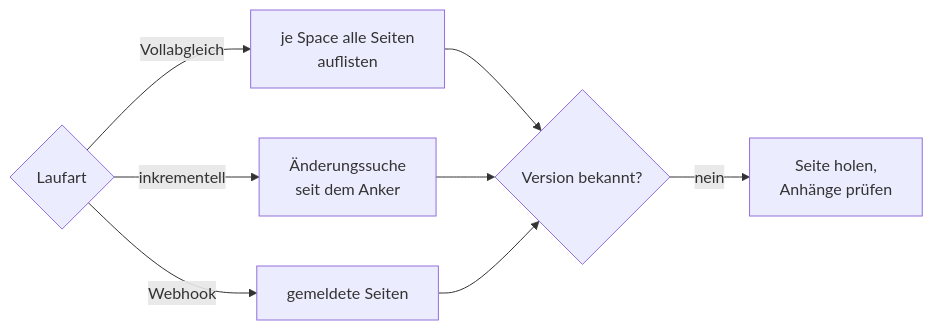
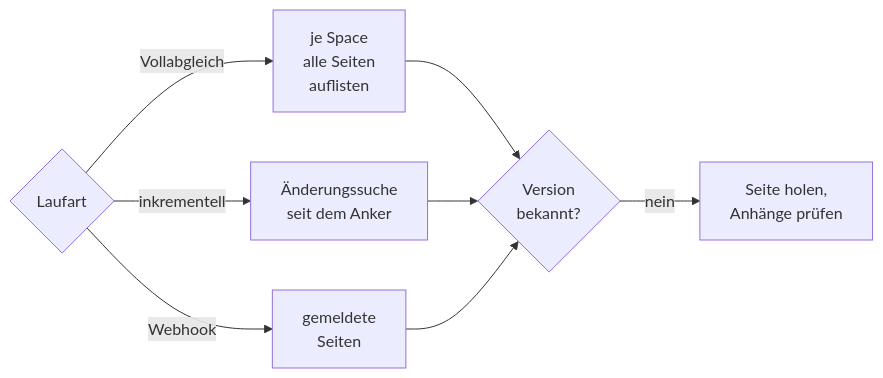
One commit to criew/opaa changed the second of 2 diagrams in docs/handbuch/konnektoren/confluence.md. Above: the diagram before and after it, drawn with Mermaid. The commit also changed other lines of this file and 13 other files, not shown here.

First line of the commit message:
docs(handbuch): Mermaid-Beschriftungen umbrechen und Verweise auf Konnektor-Abschnitte nachziehen

````diff
--- a/docs/handbuch/konnektoren/confluence.md
+++ b/docs/handbuch/konnektoren/confluence.md
@@ -80,10 +80,10 @@
 ```mermaid
 flowchart LR
-    B{Laufart} -- Vollabgleich --> L[je Space alle Seiten<br/>auflisten]
+    B{Laufart} -- Vollabgleich --> L[je Space<br/>alle Seiten<br/>auflisten]
     B -- inkrementell --> S[Änderungssuche<br/>seit dem Anker]
-    B -- Webhook --> W[gemeldete Seiten]
-    L --> V{Version bekannt?}
+    B -- Webhook --> W[gemeldete<br/>Seiten]
+    L --> V{Version<br/>bekannt?}
     S --> V
     W --> V
     V -- nein --> P[Seite holen,<br/>Anhänge prüfen]
 ```
````
